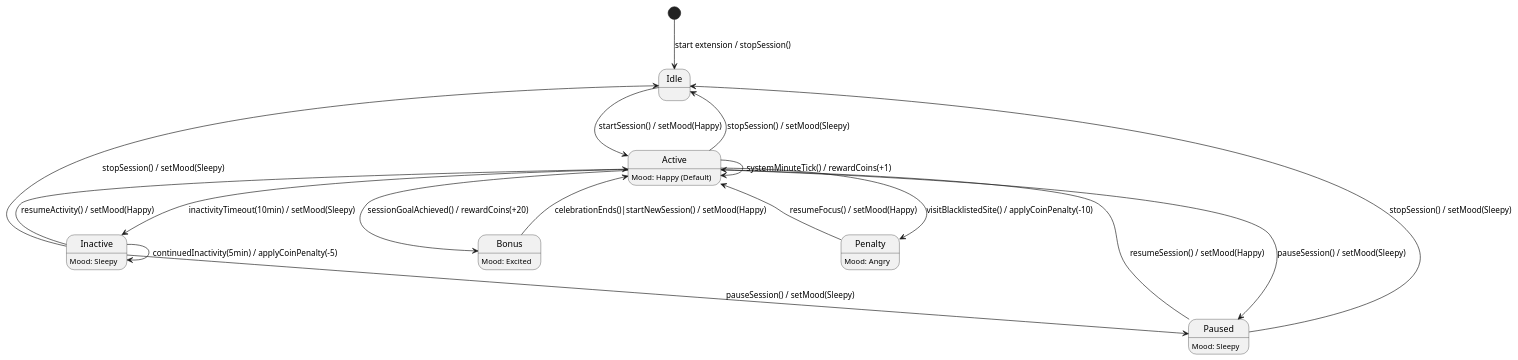
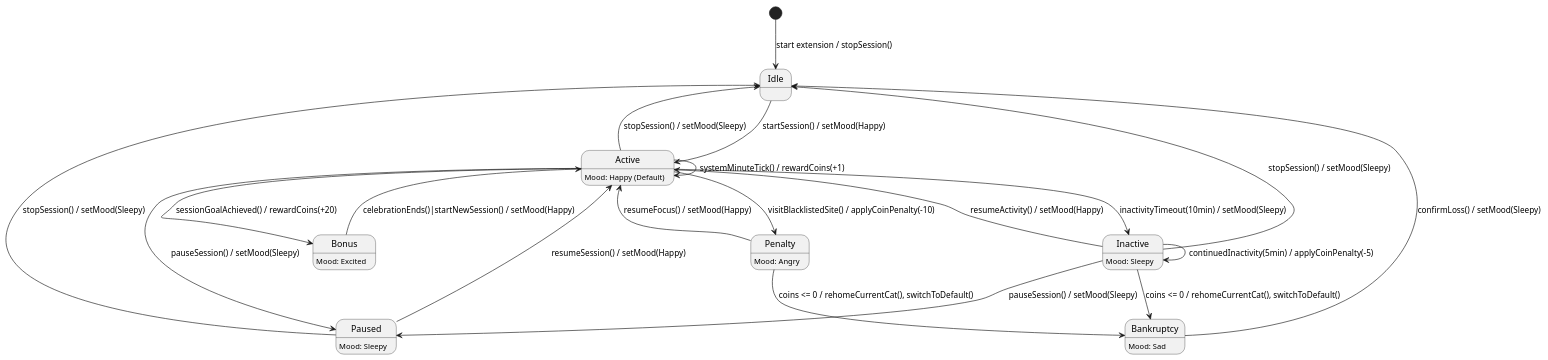
Before and after one commit to shuwangs/study_cat: the diagram in docs/StudyCat_UML.puml, drawn with PlantUML.

```diff
--- a/docs/StudyCat_UML.puml
+++ b/docs/StudyCat_UML.puml
@@ -1,39 +1,45 @@
 @startuml
     [*] --> Idle: start extension / stopSession()
     Idle --> Active : startSession() / setMood(Happy)
     Active --> Paused : pauseSession() / setMood(Sleepy)
     Active --> Idle : stopSession() / setMood(Sleepy)
     Active --> Active : systemMinuteTick() / rewardCoins(+1)
 
     Active --> Penalty : visitBlacklistedSite() / applyCoinPenalty(-10)
     Active --> Inactive : inactivityTimeout(10min) / setMood(Sleepy)
     Active --> Bonus : sessionGoalAchieved() / rewardCoins(+20)
 
     Paused --> Active : resumeSession() / setMood(Happy)  
     Paused --> Idle : stopSession() / setMood(Sleepy)
 
     Penalty --> Active : resumeFocus() / setMood(Happy)
+    Penalty --> Bankruptcy : coins <= 0 / rehomeCurrentCat(), switchToDefault()
+
     Bonus --> Active : celebrationEnds()|startNewSession() / setMood(Happy)
 
     Inactive --> Active : resumeActivity() / setMood(Happy)
     Inactive --> Paused : pauseSession() / setMood(Sleepy)
     Inactive --> Idle : stopSession() / setMood(Sleepy)
     Inactive --> Inactive : continuedInactivity(5min) / applyCoinPenalty(-5)
-  
+    Inactive --> Bankruptcy : coins <= 0 / rehomeCurrentCat(), switchToDefault()
+
+    state Bankruptcy : Mood: Sad
+    Bankruptcy --> Idle : confirmLoss() / setMood(Sleepy)
+
     state Active {
         Active : Mood: Happy (Default)
     }
     state Penalty {
         Penalty : Mood: Angry
     }
     state Bonus {
         Bonus : Mood: Excited
     }
     state Inactive {
         Inactive : Mood: Sleepy
     }
     state Paused {
         Paused : Mood: Sleepy
     }
 
 @enduml
```
